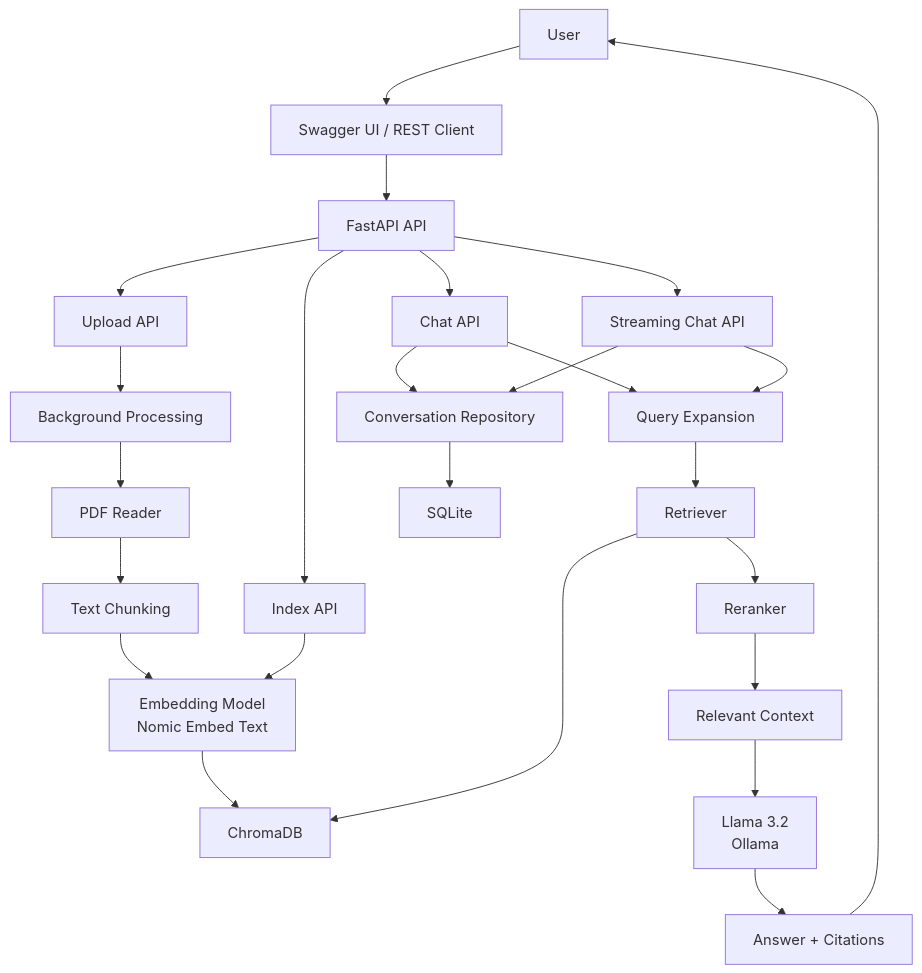
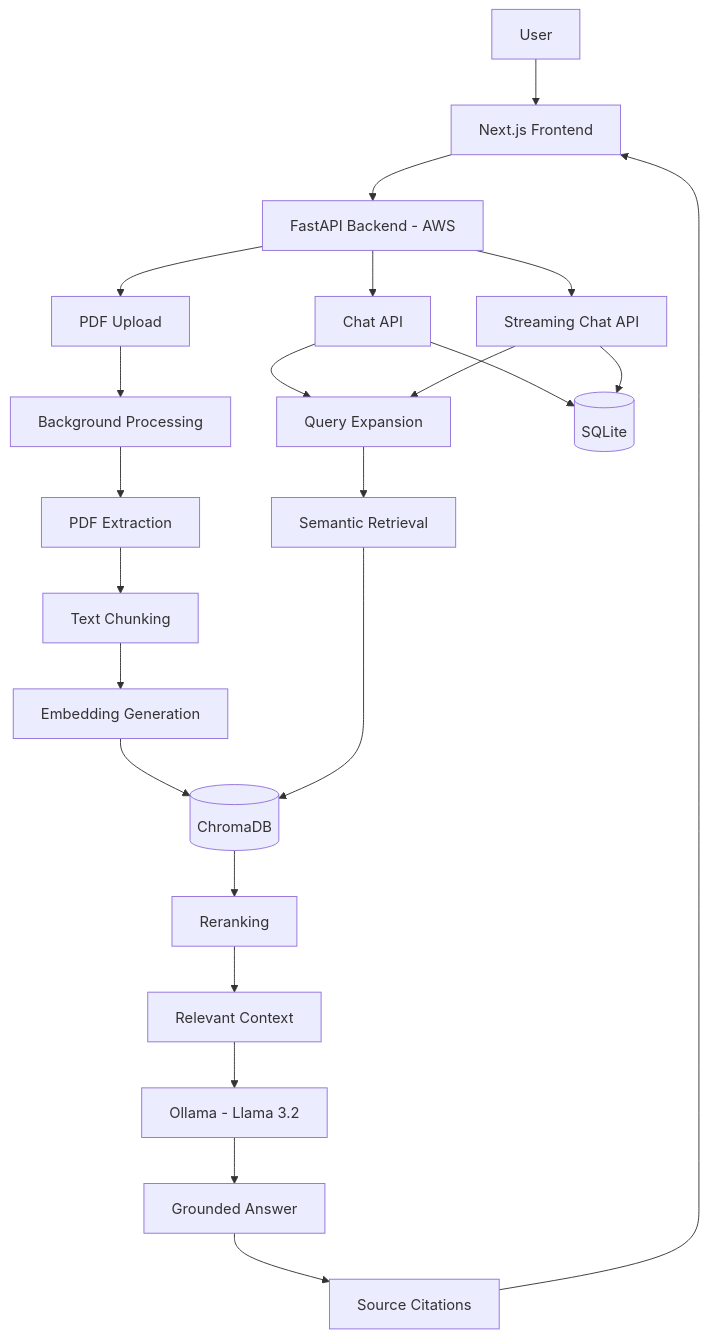
One commit to manojkr-ai-labs/ai-document-chat-rag changed the first of 2 diagrams in README.md. Above: the diagram before and after it, drawn with Mermaid. The commit also changed other lines of this file, not shown here.

````diff
--- a/README.md
+++ b/README.md
@@ -142,27 +80,30 @@
 ```mermaid
 flowchart TD
-    A[User] --> B[Swagger UI / REST Client]
-    B --> C[FastAPI API]
-    C --> D[Upload API]
-    C --> E[Index API]
-    C --> F[Chat API]
-    C --> G[Streaming Chat API]
-    D --> H[Background Processing]
-    H --> I[PDF Reader]
-    I --> J[Text Chunking]
-    J --> K[Embedding Model<br/>Nomic Embed Text]
-    K --> L[ChromaDB]
-    E --> K
-    F --> M[Query Expansion]
-    G --> M
-    M --> N[Retriever]
-    N --> L
-    N --> O[Reranker]
-    O --> P[Relevant Context]
-    P --> Q[Llama 3.2<br/>Ollama]
-    Q --> R[Answer + Citations]
-    F --> S[Conversation Repository]
-    G --> S
-    S --> T[SQLite]
-    R --> A
+    U[User] --> FE[Next.js Frontend]
+    FE --> API[FastAPI Backend - AWS]
+
+    API --> UP[PDF Upload]
+    API --> CHAT[Chat API]
+    API --> STREAM[Streaming Chat API]
+
+    UP --> BG[Background Processing]
+    BG --> PDF[PDF Extraction]
+    PDF --> CHUNK[Text Chunking]
+    CHUNK --> EMB[Embedding Generation]
+    EMB --> DB[(ChromaDB)]
+
+    CHAT --> QE[Query Expansion]
+    STREAM --> QE
+    QE --> RET[Semantic Retrieval]
+    RET --> DB
+    DB --> RR[Reranking]
+    RR --> CTX[Relevant Context]
+
+    CTX --> LLM[Ollama - Llama 3.2]
+    LLM --> ANS[Grounded Answer]
+    ANS --> CIT[Source Citations]
+    CIT --> FE
+
+    CHAT --> CONV[(SQLite)]
+    STREAM --> CONV
 ```
````
